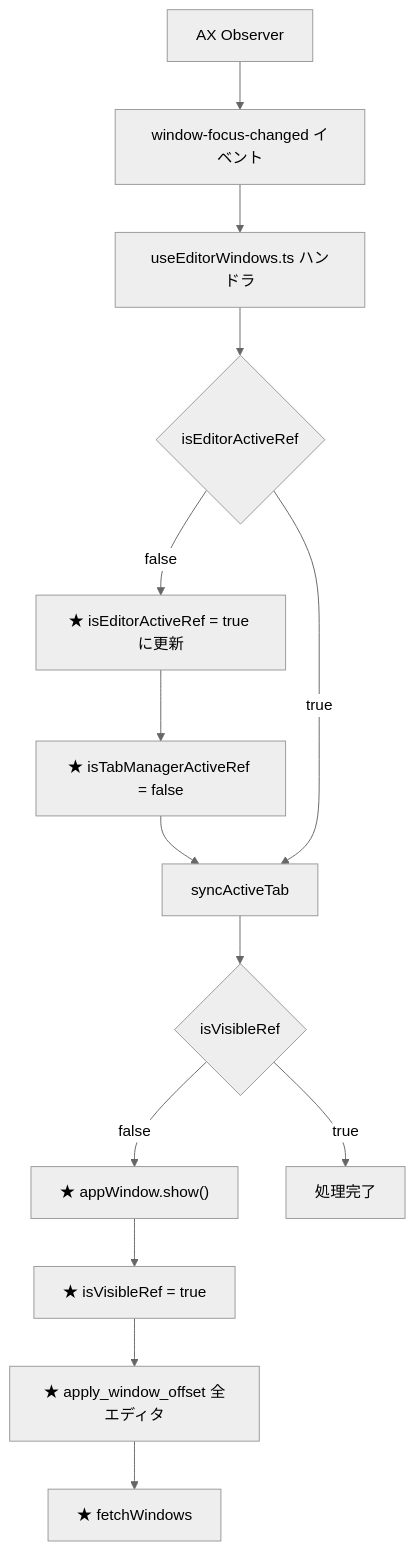
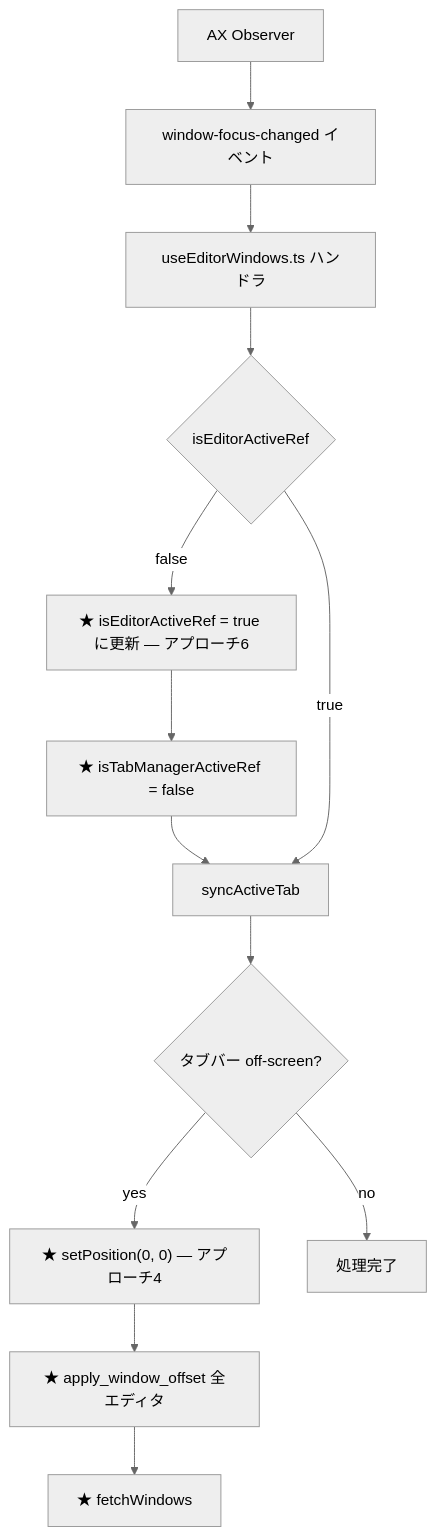
Before and after one commit to 884js/editor-tab-manager: the ninth of 9 diagrams in docs/Dock切替タブ追従/plan.md, drawn with Mermaid (neutral theme). The commit also changed other lines of this file and 10 other files, not shown here.

First line of the commit message:
fix: add retry for cold start editor window detection

````diff
--- a/docs/Dock切替タブ追従/plan.md
+++ b/docs/Dock切替タブ追従/plan.md
@@ -109,16 +282,15 @@
 ```mermaid
 flowchart TD
     A[AX Observer] --> B[window-focus-changed イベント]
     B --> C[useEditorWindows.ts ハンドラ]
     C --> D{isEditorActiveRef}
-    D -->|false| E["★ isEditorActiveRef = true に更新"]
+    D -->|false| E["★ isEditorActiveRef = true に更新 — アプローチ6"]
     E --> F["★ isTabManagerActiveRef = false"]
     F --> G[syncActiveTab]
-    G --> H{isVisibleRef}
-    H -->|false| I["★ appWindow.show()"]
-    I --> J["★ isVisibleRef = true"]
-    J --> K["★ apply_window_offset 全エディタ"]
-    K --> L["★ fetchWindows"]
+    G --> H{タブバー off-screen?}
+    H -->|yes| I["★ setPosition(0, 0) — アプローチ4"]
+    I --> J["★ apply_window_offset 全エディタ"]
+    J --> K["★ fetchWindows"]
     D -->|true| G
-    H -->|true| M[処理完了]
+    H -->|no| L[処理完了]
 ```
````
